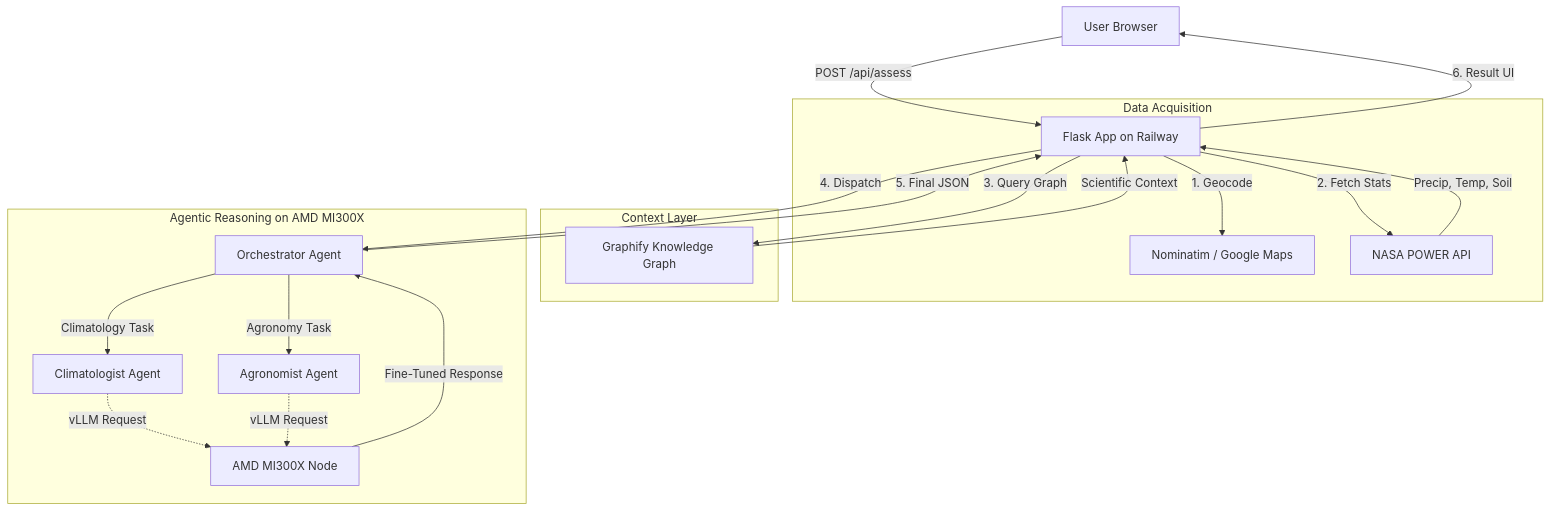
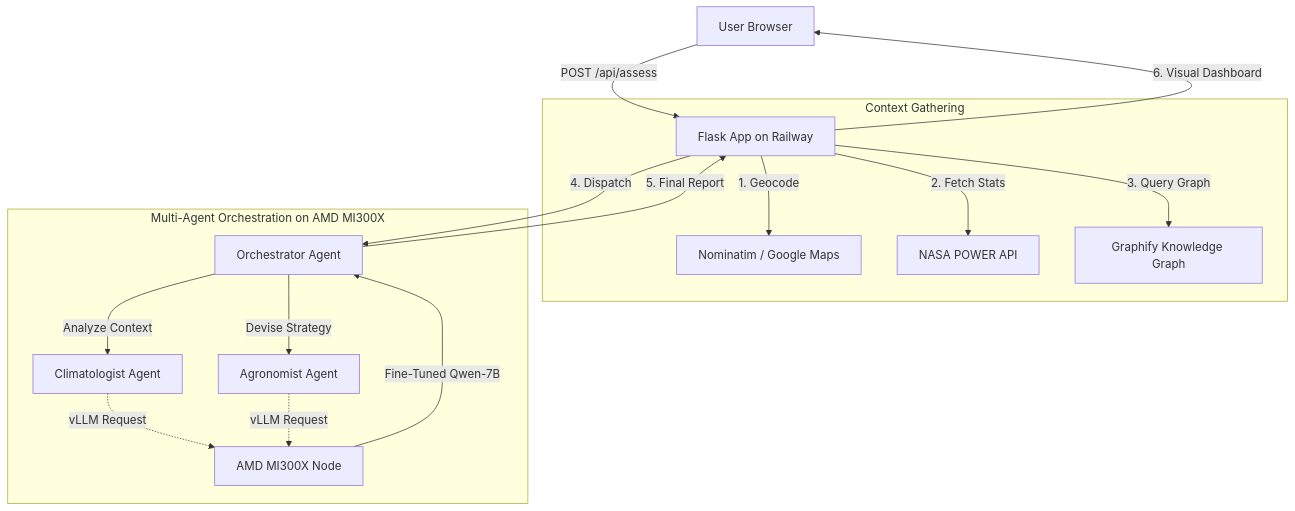
Before and after one commit to Ohiodawn/DroughtSense: the diagram in README.md, drawn with Mermaid. The commit also changed other lines of this file, not shown here.

Commit message:
docs: overhaul README with 7B model details, new UI/UX preview, and AMD-exclusive workflow

````diff
--- a/README.md
+++ b/README.md
@@ -49,27 +49,22 @@
 ```mermaid
 graph TD
     User[User Browser] -->|POST /api/assess| Flask[Flask App on Railway]
     
-    subgraph Data Acquisition
-        Flask -->|1. Geocode| Nominatim[Nominatim / Google Maps]
+    subgraph Context Gathering
+        Flask -->|1. Geocode| Geo[Nominatim / Google Maps]
         Flask -->|2. Fetch Stats| NASA[NASA POWER API]
-        NASA -->|Precip, Temp, Soil| Flask
+        Flask -->|3. Query Graph| Graphify[Graphify Knowledge Graph]
+    end
+
+    subgraph Multi-Agent Orchestration on AMD MI300X
+        Flask -->|4. Dispatch| Orchestrator[Orchestrator Agent]
+        Orchestrator -->|Analyze Context| Climatologist[Climatologist Agent]
+        Orchestrator -->|Devise Strategy| Agronomist[Agronomist Agent]
+        Climatologist -.->|vLLM Request| MI300X[AMD MI300X Node]
+        Agronomist -.->|vLLM Request| MI300X
+        MI300X -->|Fine-Tuned Qwen-7B| Orchestrator
     end
     
-    subgraph Context Layer
-        Flask -->|3. Query Graph| Graphify[Graphify Knowledge Graph]
-        Graphify -->|Scientific Context| Flask
-    end
-
-    subgraph Agentic Reasoning on AMD MI300X
-        Flask -->|4. Dispatch| Orchestrator[Orchestrator Agent]
-        Orchestrator -->|Climatology Task| Climatologist[Climatologist Agent]
-        Orchestrator -->|Agronomy Task| Agronomist[Agronomist Agent]
-        Climatologist -.->|vLLM Request| MI300X[AMD MI300X Node]
-        Agronomist -.->|vLLM Request| MI300X
-        MI300X -->|Fine-Tuned Response| Orchestrator
-    end
-    
-    Orchestrator -->|5. Final JSON| Flask
-    Flask -->|6. Result UI| User
+    Orchestrator -->|5. Final Report| Flask
+    Flask -->|6. Visual Dashboard| User
 ```
````
